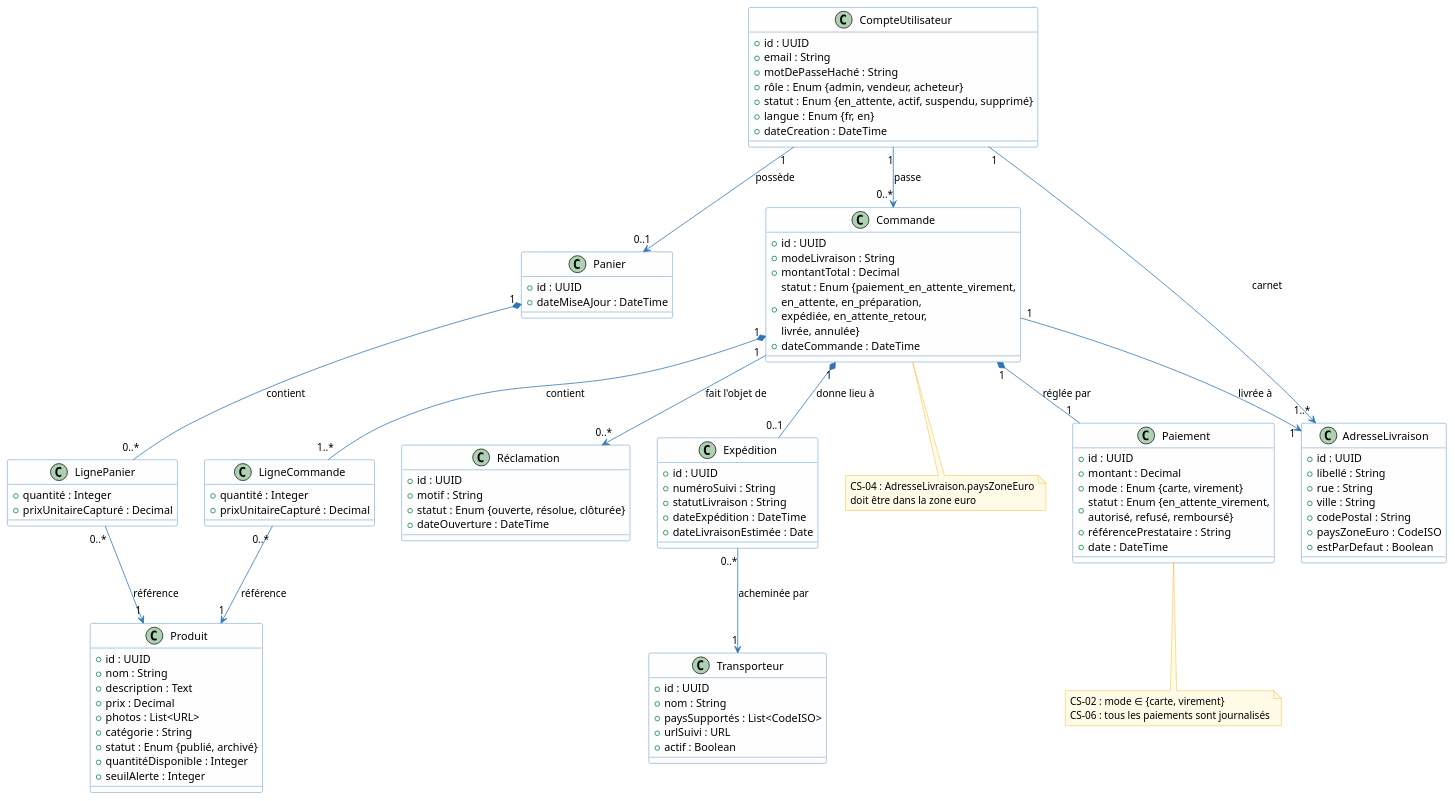
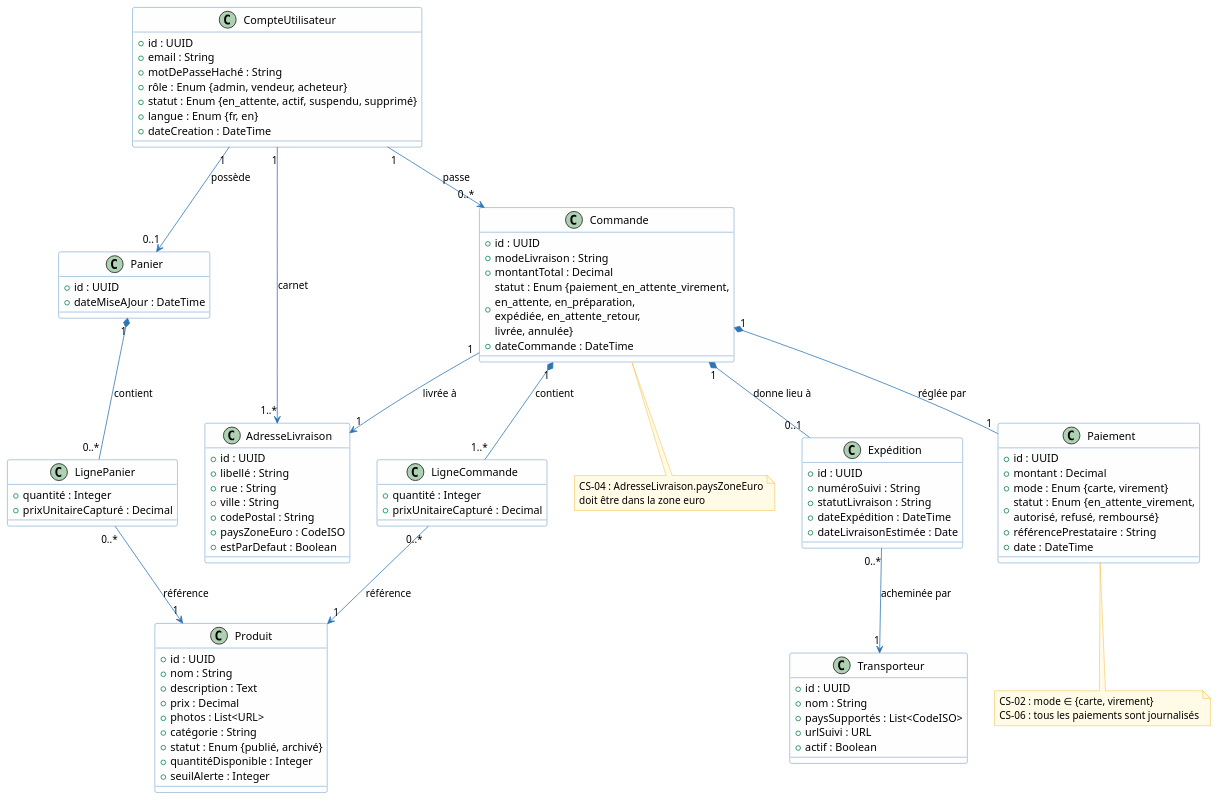
The sixth of 6 diagrams in architecture/02-system-analysis/sa.adoc (louistalvande/online_shop), drawn with PlantUML before and after one commit. The commit also changed other lines of this file and 4 other files, not shown here.

```diff
--- a/architecture/02-system-analysis/sa.adoc
+++ b/architecture/02-system-analysis/sa.adoc
@@ -1514,13 +1472,6 @@
   + actif : Boolean
 }
 
-class Réclamation {
-  + id : UUID
-  + motif : String
-  + statut : Enum {ouverte, résolue, clôturée}
-  + dateOuverture : DateTime
-}
-
 class AdresseLivraison {
   + id : UUID
   + libellé : String
@@ -1540,7 +1491,6 @@
 LigneCommande "0..*" --> "1" Produit : référence
 Commande "1" *-- "1" Paiement : réglée par
 Commande "1" *-- "0..1" Expédition : donne lieu à
-Commande "1" --> "0..*" Réclamation : fait l'objet de
 Commande "1" --> "1" AdresseLivraison : livrée à
 Expédition "0..*" --> "1" Transporteur : acheminée par
 
```
